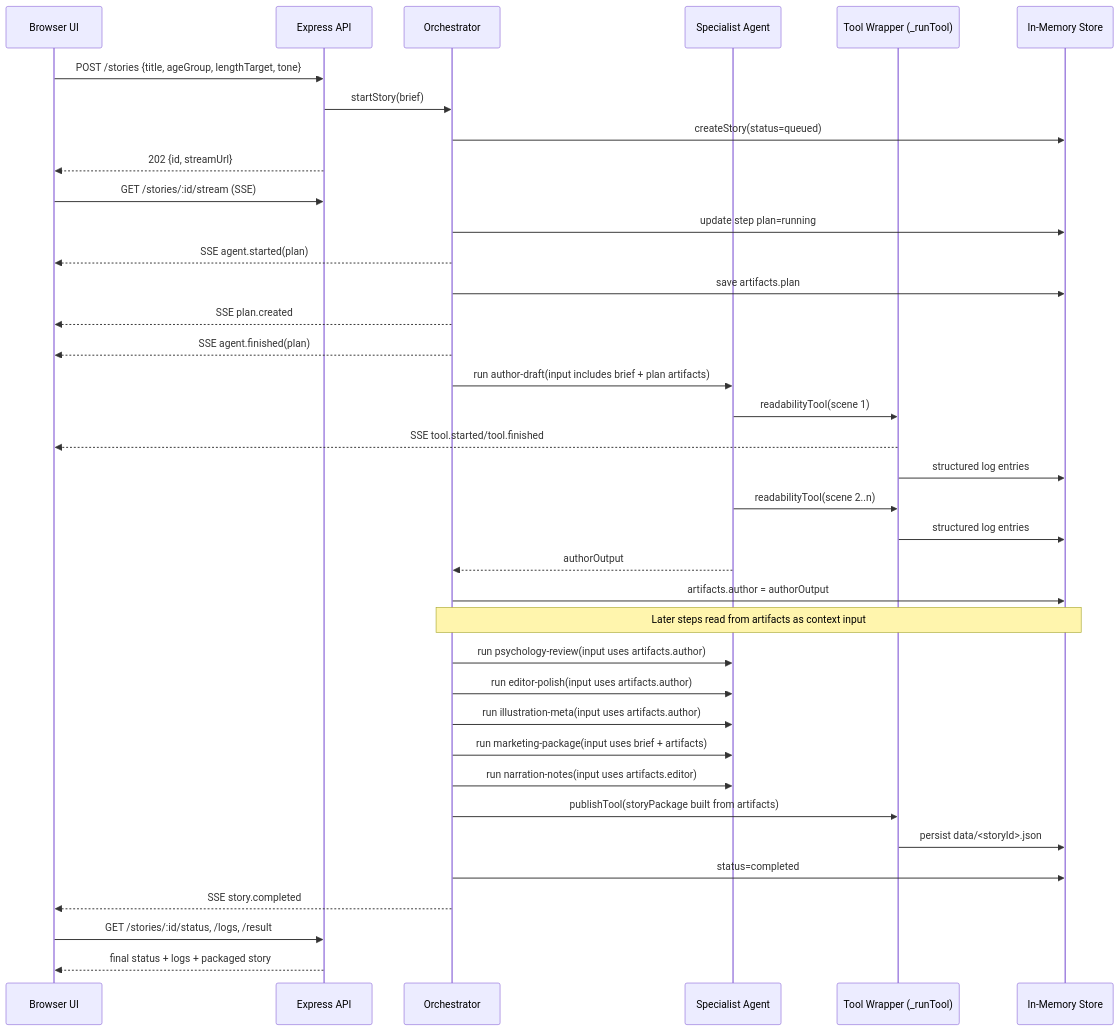
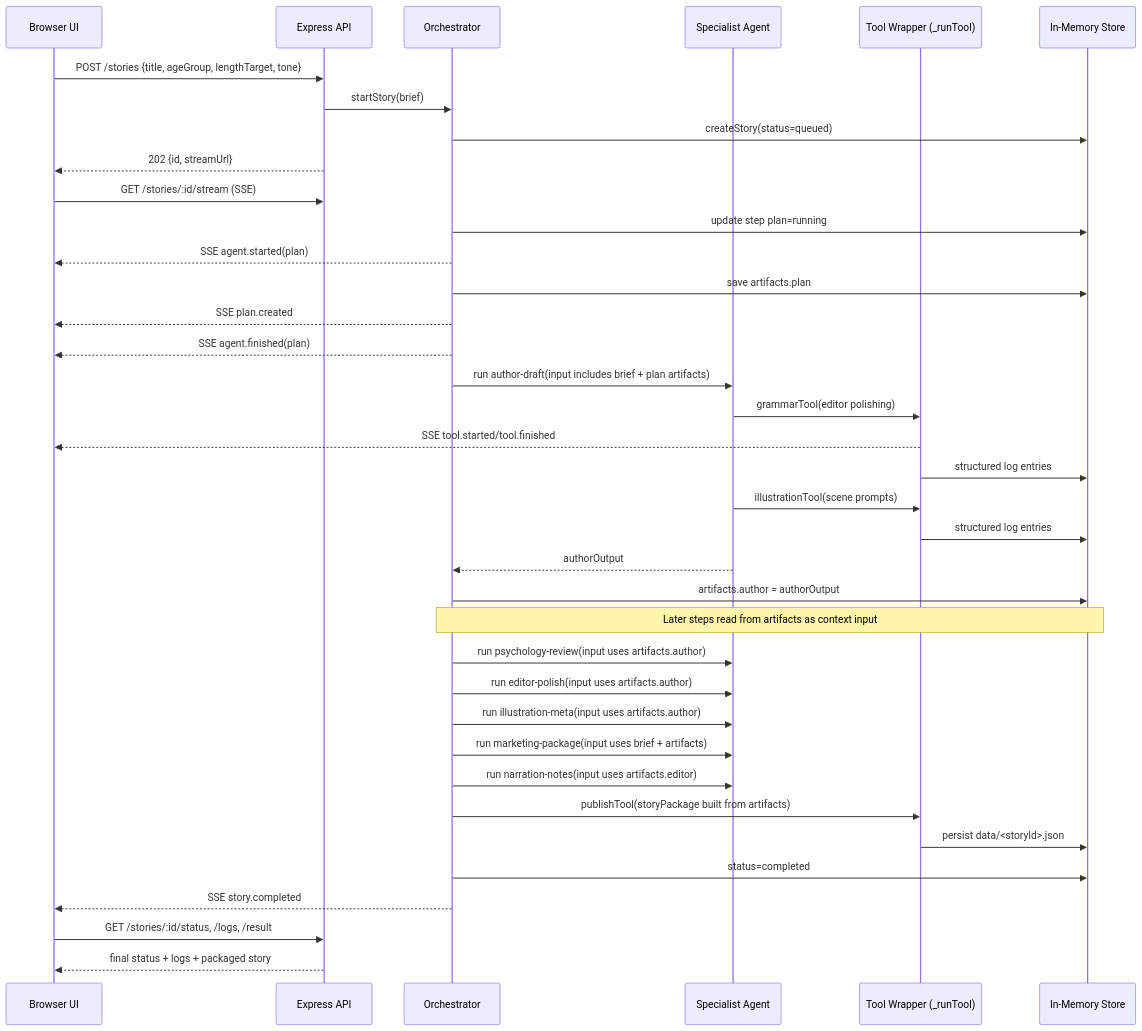
Before and after one commit to johntango/ChildrenStory: the diagram in README.md, drawn with Mermaid. The commit also changed other lines of this file, not shown here.

````diff
--- a/README.md
+++ b/README.md
@@ -113,45 +113,45 @@
 ```mermaid
 sequenceDiagram
   participant UI as Browser UI
   participant API as Express API
   participant ORCH as Orchestrator
   participant AG as Specialist Agent
   participant TOOL as Tool Wrapper (_runTool)
   participant STORE as In-Memory Store
 
   UI->>API: POST /stories {title, ageGroup, lengthTarget, tone}
   API->>ORCH: startStory(brief)
   ORCH->>STORE: createStory(status=queued)
   API-->>UI: 202 {id, streamUrl}
   UI->>API: GET /stories/:id/stream (SSE)
 
   ORCH->>STORE: update step plan=running
   ORCH-->>UI: SSE agent.started(plan)
   ORCH->>STORE: save artifacts.plan
   ORCH-->>UI: SSE plan.created
   ORCH-->>UI: SSE agent.finished(plan)
 
   ORCH->>AG: run author-draft(input includes brief + plan artifacts)
-  AG->>TOOL: readabilityTool(scene 1)
+  AG->>TOOL: grammarTool(editor polishing)
   TOOL-->>UI: SSE tool.started/tool.finished
   TOOL->>STORE: structured log entries
-  AG->>TOOL: readabilityTool(scene 2..n)
+  AG->>TOOL: illustrationTool(scene prompts)
   TOOL->>STORE: structured log entries
   AG-->>ORCH: authorOutput
   ORCH->>STORE: artifacts.author = authorOutput
 
   Note over ORCH,STORE: Later steps read from artifacts as context input
   ORCH->>AG: run psychology-review(input uses artifacts.author)
   ORCH->>AG: run editor-polish(input uses artifacts.author)
   ORCH->>AG: run illustration-meta(input uses artifacts.author)
   ORCH->>AG: run marketing-package(input uses brief + artifacts)
   ORCH->>AG: run narration-notes(input uses artifacts.editor)
 
   ORCH->>TOOL: publishTool(storyPackage built from artifacts)
   TOOL->>STORE: persist data/<storyId>.json
   ORCH->>STORE: status=completed
   ORCH-->>UI: SSE story.completed
 
   UI->>API: GET /stories/:id/status, /logs, /result
   API-->>UI: final status + logs + packaged story
 ```
````
